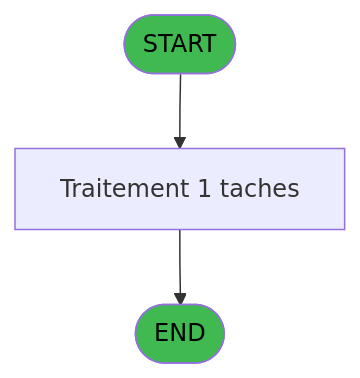
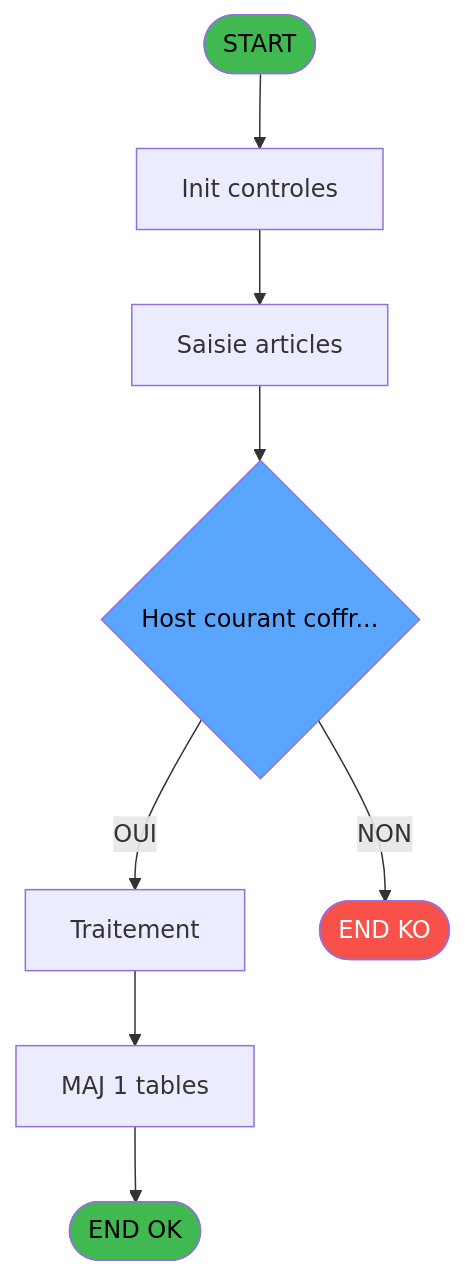
Before and after one commit to thonyAGP/lecteur-magic: the first of 3 diagrams in .openspec/specs/ADH-IDE-124.md, drawn with Mermaid. The commit also changed other lines of this file and 493 other files, not shown here.

````diff
--- a/.openspec/specs/ADH-IDE-124.md
+++ b/.openspec/specs/ADH-IDE-124.md
@@ -53,9 +71,21 @@
 ```mermaid
 flowchart TD
     START([START])
-    PROCESS[Traitement 1 taches]
-    ENDOK([END])
-    START --> PROCESS --> ENDOK
+    INIT[Init controles]
+    SAISIE[Saisie articles]
+    DECISION{Host courant coffr...}
+    PROCESS[Traitement]
+    UPDATE[MAJ 1 tables]
+    ENDOK([END OK])
+    ENDKO([END KO])
+
+    START --> INIT --> SAISIE --> DECISION
+    DECISION -->|OUI| PROCESS
+    DECISION -->|NON| ENDKO
+    PROCESS --> UPDATE --> ENDOK
+
     style START fill:#3fb950,color:#000
     style ENDOK fill:#3fb950,color:#000
+    style ENDKO fill:#f85149,color:#fff
+    style DECISION fill:#58a6ff,color:#000
 ```
````
